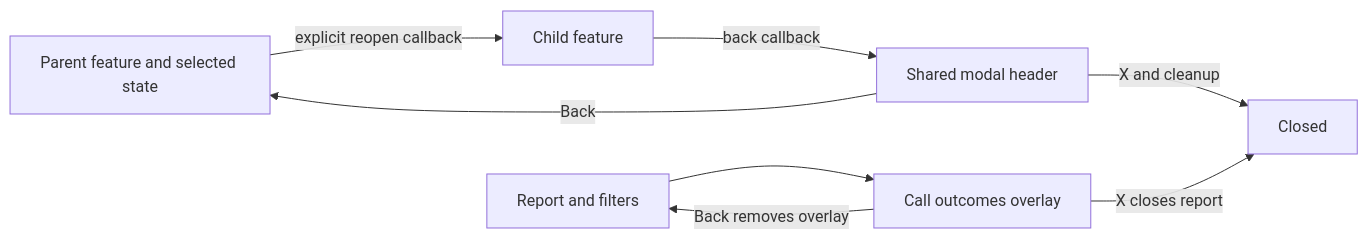
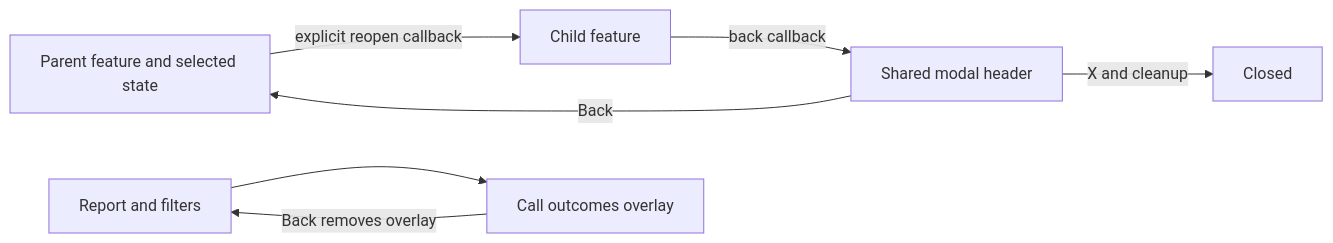
The first of 6 diagrams in docs/architecture.md (Killow1998/EasyMultiProvider), drawn with Mermaid before and after one commit. The commit also changed other lines of this file and 140 other files, not shown here.

````diff
--- a/docs/architecture.md
+++ b/docs/architecture.md
@@ -425,10 +449,9 @@
 ```mermaid
 flowchart LR
   Parent[Parent feature and selected state] -->|explicit reopen callback| Child[Child feature]
   Child -->|back callback| Shell[Shared modal header]
   Shell -->|Back| Parent
   Shell -->|X and cleanup| Closed[Closed]
   Report[Report and filters] --> Overlay[Call outcomes overlay]
   Overlay -->|Back removes overlay| Report
-  Overlay -->|X closes report| Closed
 ```
````
